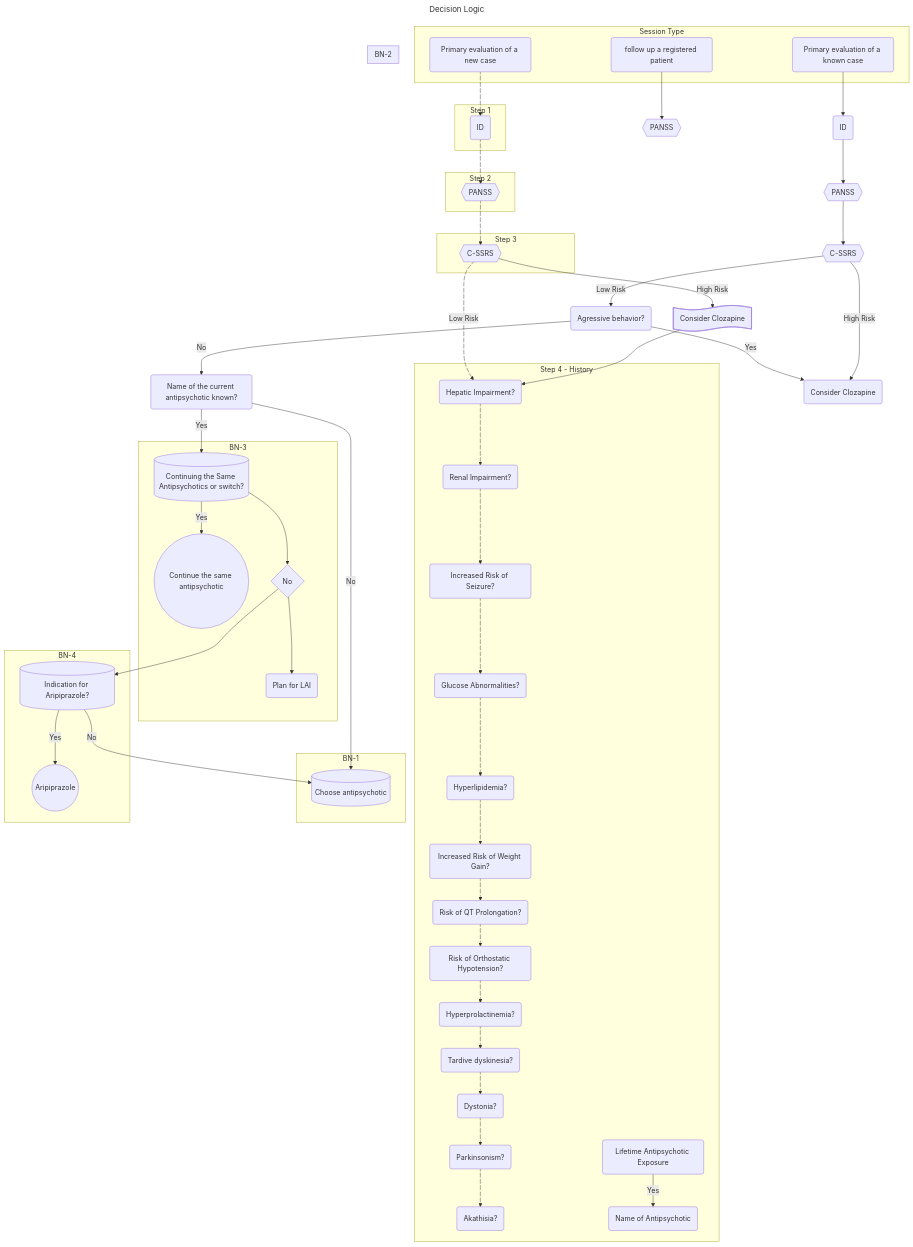
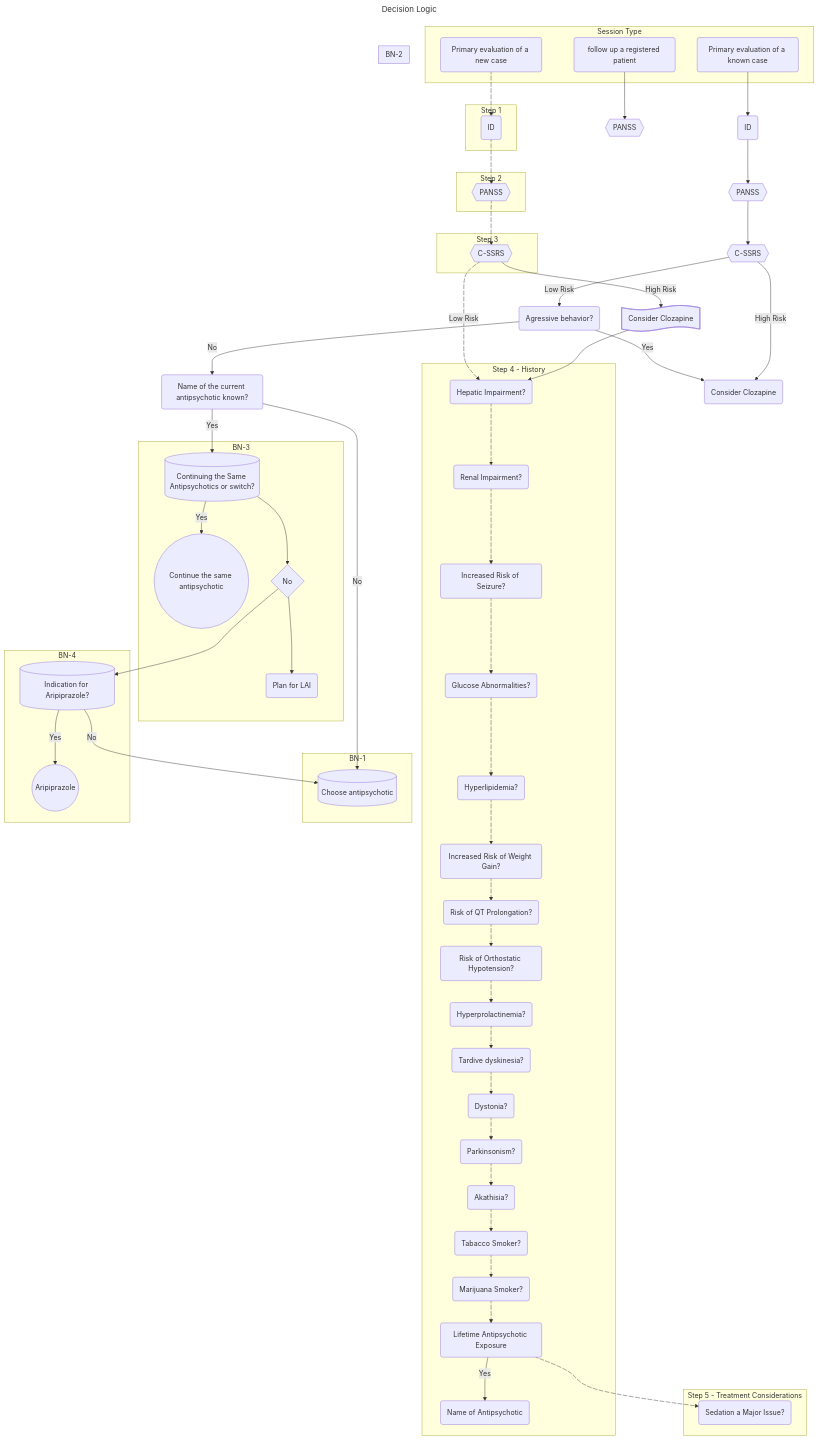
One commit to a-rastin/X changed the diagram in project-documents/flowchart.mermaid. Above: the diagram before and after it, drawn with Mermaid.

Commit message:
Edit flowchart

```diff
--- a/project-documents/flowchart.mermaid
+++ b/project-documents/flowchart.mermaid
@@ -1,122 +1,137 @@
 ---
 title: Decision Logic
 ---
 flowchart TD
     subgraph Session Type
         A(Primary evaluation of a new case)
         B(Primary evaluation of a known case) 
         C(follow up a registered patient)                          
     end
 
     subgraph Step 4 - History
         History1(Hepatic Impairment?)
         History2(Renal Impairment?)
         History3(Increased Risk of Seizure?)
         History4(Glucose Abnormalities?)
         History5(Hyperlipidemia?)
         History6(Increased Risk of Weight Gain?)
         History7(Risk of QT Prolongation?)
         History8(Risk of Orthostatic Hypotension?)
         History9(Hyperprolactinemia?)
         History10(Tardive dyskinesia?)
         History11(Dystonia?)
         History12(Parkinsonism?)
         History13(Akathisia?)
-        History20(Lifetime Antipsychotic Exposure)
+        History14(Tabacco Smoker?)
+        History15(Marijuana Smoker?)
+        History16(Lifetime Antipsychotic Exposure)
         History21(Name of Antipsychotic)
     end
 
+    subgraph Step 5 - Treatment Considerations
+        Treat1(Sedation a Major Issue?)
+    end
+    
+    
     subgraph BN-1
         D[(Choose antipsychotic)]
     end
 
     subgraph BN-2
     end
 
     subgraph BN-3
         E[(Continuing the Same Antipsychotics or switch?)]
         F((Continue the same antipsychotic))
         F1{No}
         F2(Plan for LAI)
     end
 
     subgraph BN-4
         G[(Indication for Aripiprazole?)]
         H((Aripiprazole))
     end
 
     subgraph Step 1
         A1(ID)
     end
     subgraph Step 2
         A2{{PANSS}}
     end
     subgraph Step 3
         A3{{C-SSRS}}
     end
     A4@{ shape: flag, label: "Consider Clozapine" }
 
     A e1@--> A1
         e1@{ animation: slow }
     A1 e2@--> A2
         e2@{ animation: slow }
     A2 e3@--> A3
         e3@{ animation: slow }
     A3 e4@--> |Low Risk| History1
         e4@{ animation: slow }
     A3 --> |High Risk| A4
     A4 --> History1
     History1 e5@--> History2
         e5@{ animation: slow }
     History2 e6@--> History3
         e6@{ animation: slow }
     History3 e7@--> History4
         e7@{ animation: slow }
     History4 e8@--> History5
         e8@{ animation: slow }
     History5 e9@--> History6
         e9@{ animation: slow }
     History6 e10@--> History7
         e10@{ animation: slow }
     History7 e11@--> History8
         e11@{ animation: slow }
     History8 e12@--> History9
         e12@{ animation: slow }
     History9 e13@--> History10
         e13@{ animation: slow }
     History10 e14@--> History11
         e14@{ animation: slow }
     History11 e15@--> History12
         e15@{ animation: slow }
     History12 e16@--> History13
         e16@{ animation: slow }
-    History20 --> |Yes| History21
+    History13 e17@--> History14
+        e17@{ animation: slow }
+    History14 e18@--> History15
+        e18@{ animation: slow }
+    History15 e19@--> History16
+        e19@{ animation: slow }
+    History16 --> |Yes| History21
+    History16 e20@--> Treat1
+        e20@{ animation: slow }
                                                                                        
     B1(Name of the current antipsychotic known?)
     B2{{C-SSRS}}
     B3(Consider Clozapine)
     B4{{PANSS}}
     B5(Agressive behavior?)
     B6(ID)
     
 
     B --> B6
     B6 --> B4
     B4 --> B2
     B2 --> |Low Risk| B5
     B5 --> |No| B1
     B5 --> |Yes| B3
     B2 --> |High Risk| B3
     B1 --> |No| D
     B1 --> |Yes| E
     E --> |Yes| F
     E --> F1
     F1 --> G
     F1 --> F2
     G --> |Yes| H
     G --> |No| D
 
 
     C1{{PANSS}}
 
     C --> C1
```
